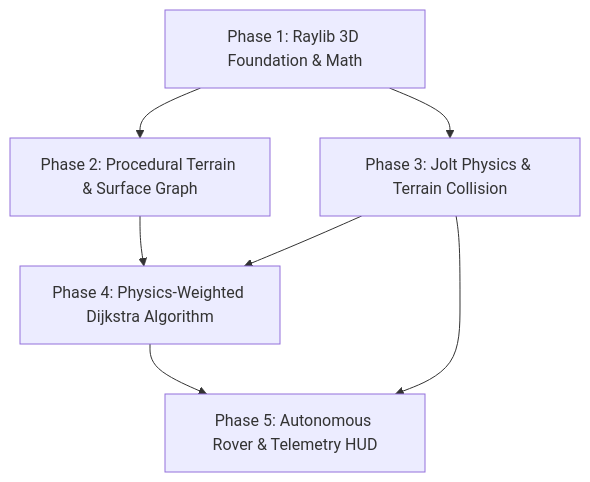
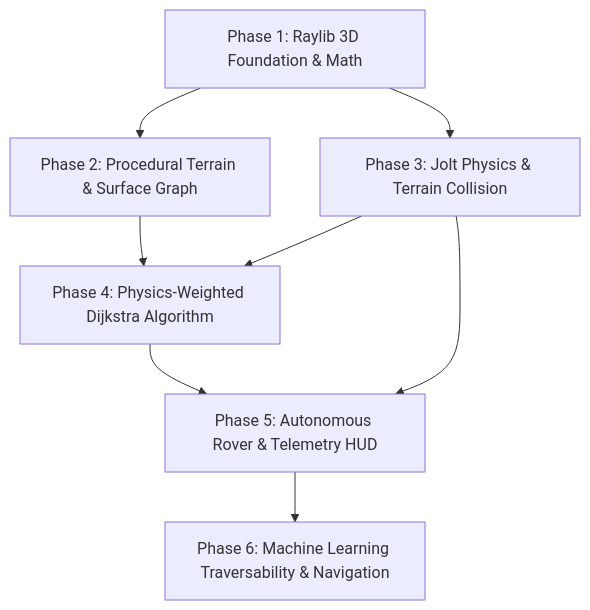
Before and after one commit to loo-ee/dijkstra_sfml: the diagram in docs/phases/README.md, drawn with Mermaid. The commit also changed other lines of this file and 13 other files, not shown here.

````diff
--- a/docs/phases/README.md
+++ b/docs/phases/README.md
@@ -9,9 +9,10 @@
 ```mermaid
 graph TD
     P1[Phase 1: Raylib 3D Foundation & Math] --> P2[Phase 2: Procedural Terrain & Surface Graph]
     P1 --> P3[Phase 3: Jolt Physics & Terrain Collision]
     P2 --> P4[Phase 4: Physics-Weighted Dijkstra Algorithm]
     P3 --> P4
     P4 --> P5[Phase 5: Autonomous Rover & Telemetry HUD]
     P3 --> P5
+    P5 --> P6[Phase 6: Machine Learning Traversability & Navigation]
 ```
````
